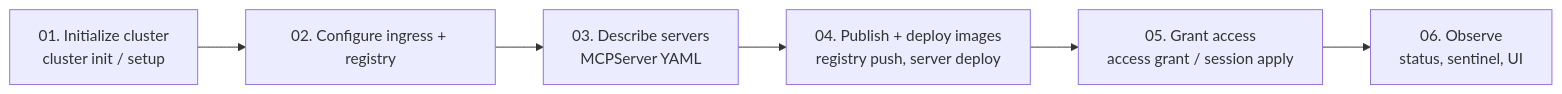
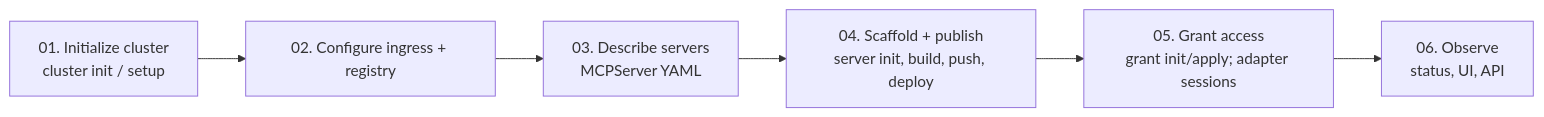
One commit to Agent-Hellboy/mcp-runtime changed the third of 3 diagrams in docs/runtime.md. Above: the diagram before and after it, drawn with Mermaid. The commit also changed other lines of this file and 18 other files, not shown here.

Commit message:
doc: document server init and access grant/session init CLI flows (#255)

````diff
--- a/docs/runtime.md
+++ b/docs/runtime.md
@@ -106,8 +106,8 @@
 ```mermaid
 flowchart LR
     A[01. Initialize cluster<br/>cluster init / setup] --> B[02. Configure ingress + registry]
     B --> C[03. Describe servers<br/>MCPServer YAML]
-    C --> D[04. Publish + deploy images<br/>registry push, server deploy]
-    D --> E[05. Grant access<br/>access grant / session apply]
-    E --> F[06. Observe<br/>status, sentinel, UI]
+    C --> D[04. Scaffold + publish<br/>server init, build, push, deploy]
+    D --> E[05. Grant access<br/>grant init/apply; adapter sessions]
+    E --> F[06. Observe<br/>status, UI, API]
 ```
````
